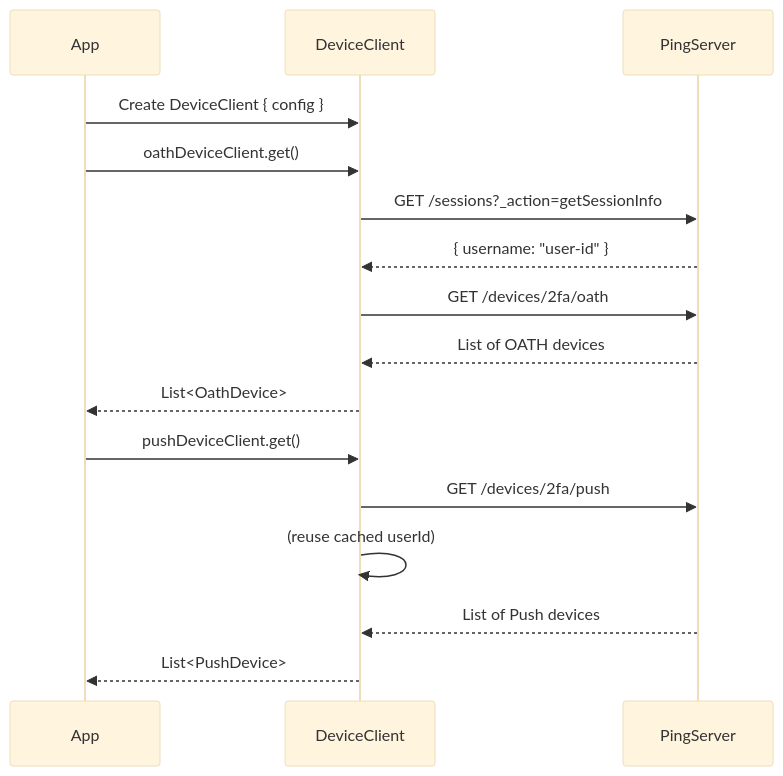
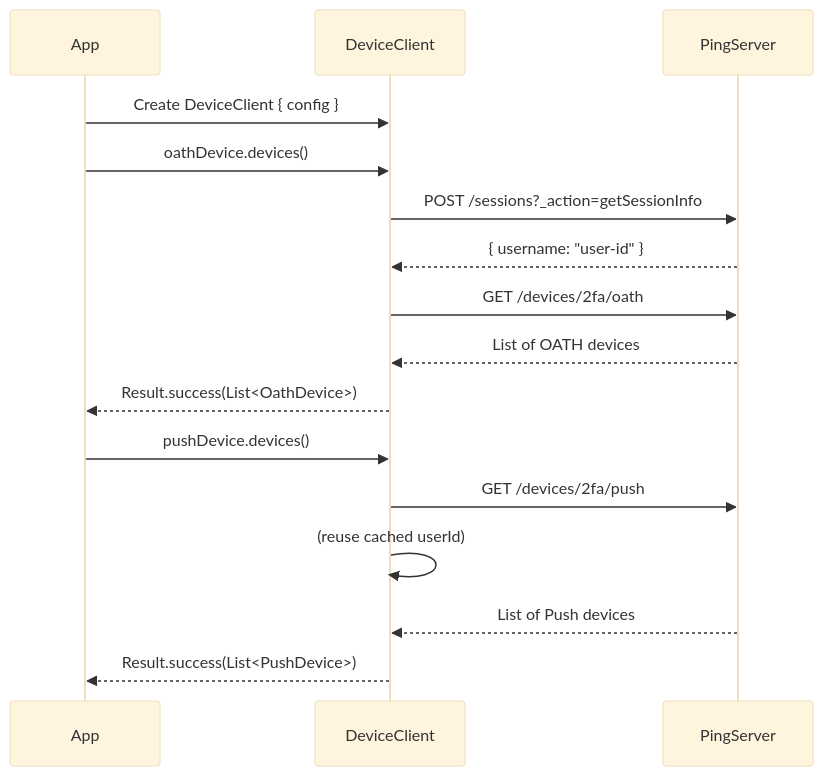
One commit to ForgeRock/ping-android-sdk changed the diagram in foundation/device/device-client/README.md. Above: the diagram before and after it, drawn with Mermaid (base theme). The commit also changed other lines of this file and 1 other file, not shown here.

Commit message:
Refactor: Rename DeviceInterface to DeviceRepository and update methods to return Result type for improved error handling

````diff
--- a/foundation/device/device-client/README.md
+++ b/foundation/device/device-client/README.md
@@ -15,20 +15,20 @@
 ```mermaid
 sequenceDiagram
     participant App
     participant DeviceClient
     participant PingServer
     
     App->>DeviceClient: Create DeviceClient { config }
-    App->>DeviceClient: oathDeviceClient.get()
-    DeviceClient->>PingServer: GET /sessions?_action=getSessionInfo
+    App->>DeviceClient: oathDevice.devices()
+    DeviceClient->>PingServer: POST /sessions?_action=getSessionInfo
     PingServer-->>DeviceClient: { username: "user-id" }
     DeviceClient->>PingServer: GET /devices/2fa/oath
     PingServer-->>DeviceClient: List of OATH devices
-    DeviceClient-->>App: List<OathDevice>
+    DeviceClient-->>App: Result.success(List<OathDevice>)
     
-    App->>DeviceClient: pushDeviceClient.get()
+    App->>DeviceClient: pushDevice.devices()
     DeviceClient->>PingServer: GET /devices/2fa/push
     DeviceClient->>DeviceClient: (reuse cached userId)
     PingServer-->>DeviceClient: List of Push devices
-    DeviceClient-->>App: List<PushDevice>
+    DeviceClient-->>App: Result.success(List<PushDevice>)
 ```
````
